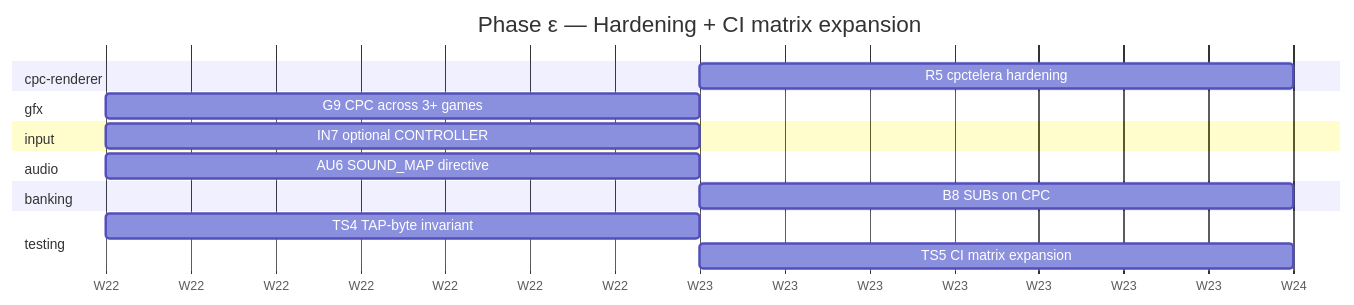
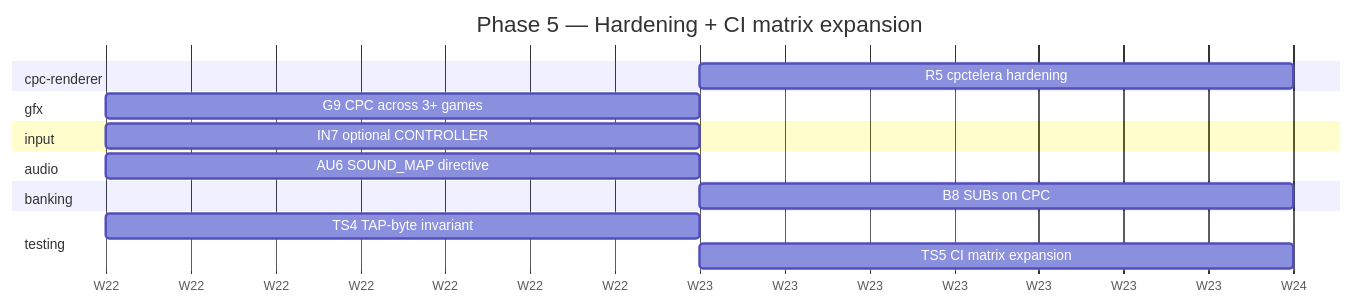
The eighth of 9 diagrams in doc/multiplatform-plan/gantt.md (jorgegv/rage1), drawn with Mermaid before and after one commit. The commit also changed other lines of this file and 1 other file, not shown here.

First line of the commit message:
doc: rename Greek-letter phases (alpha..zeta) to Phase 1..6

````diff
--- a/doc/multiplatform-plan/gantt.md
+++ b/doc/multiplatform-plan/gantt.md
@@ -395,25 +397,25 @@
 ```mermaid
 gantt
-  title Phase ε — Hardening + CI matrix expansion
+  title Phase 5 — Hardening + CI matrix expansion
   dateFormat YYYY-MM-DD
   axisFormat W%V
 
   section cpc-renderer
   R5 cpctelera hardening      :r5, after r4, 7d
 
   section gfx
   G9 CPC across 3+ games      :g9, after g8, 7d
 
   section input
   IN7 optional CONTROLLER     :in7, after in6, 7d
 
   section audio
   AU6 SOUND_MAP directive     :au6, after au5, 7d
 
   section banking
   B8 SUBs on CPC              :b8, after b7, 7d
 
   section testing
   TS4 TAP-byte invariant      :ts4, after ts3, 7d
   TS5 CI matrix expansion     :ts5, after ts4, 7d
 ```
````
